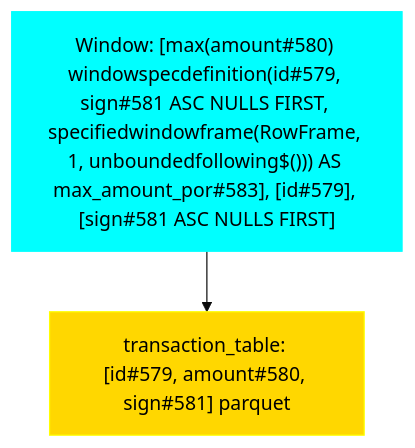
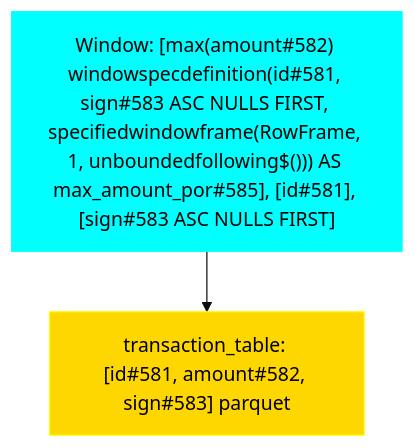
The diagram in data/visualization/window_column.mmd (NielkNetraam/explainalyzed), drawn with Mermaid (base theme) before and after one commit. The commit also changed 54 other files, not shown here.

```diff
--- a/data/visualization/window_column.mmd
+++ b/data/visualization/window_column.mmd
@@ -1,13 +1,13 @@
 flowchart TD
     classDef PROJECT stroke:Blue,fill:LightBlue,color:black
     classDef FILTER stroke:Green,fill:LightGreen,color:black
     classDef UNION stroke:Purple,fill:Violet,color:black
     classDef JOIN stroke:DarkOrange,fill:Orange,color:black
     classDef RELATION stroke:Yellow,fill:Gold,color:black
     classDef AGGREGATE stroke:Brown,fill:Chocolate,color:black
     classDef WINDOW stroke:Aqua,fill:Cyan,color:black
 
-    Window#1["Window: [max(amount#580) windowspecdefinition(id#579, sign#581 ASC NULLS FIRST, specifiedwindowframe(RowFrame, 1, unboundedfollowing$())) AS max_amount_por#583], [id#579], [sign#581 ASC NULLS FIRST]"]:::WINDOW
-    Relation#11["transaction_table: [id#579, amount#580, sign#581] parquet"]:::RELATION
+    Window#00001["Window: [max(amount#582) windowspecdefinition(id#581, sign#583 ASC NULLS FIRST, specifiedwindowframe(RowFrame, 1, unboundedfollowing$())) AS max_amount_por#585], [id#581], [sign#583 ASC NULLS FIRST]"]:::WINDOW
+    Relation#00002["transaction_table: [id#581, amount#582, sign#583] parquet"]:::RELATION
 
-    Window#1 --> Relation#11
+    Window#00001 --> Relation#00002
```
